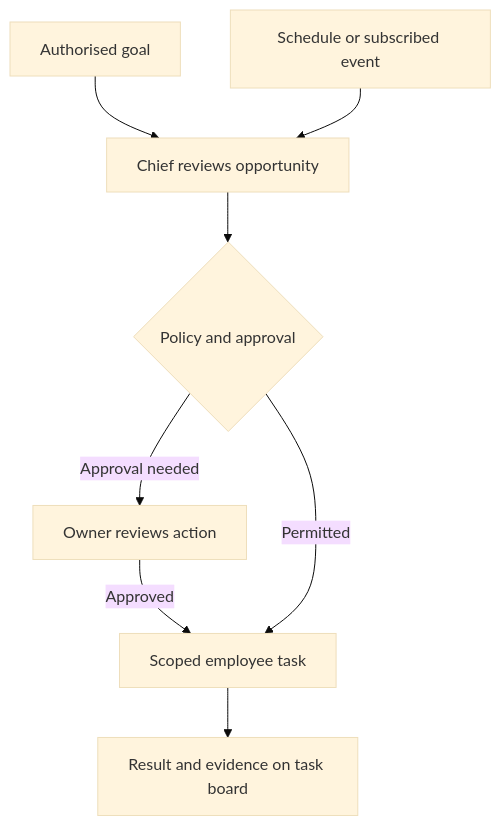
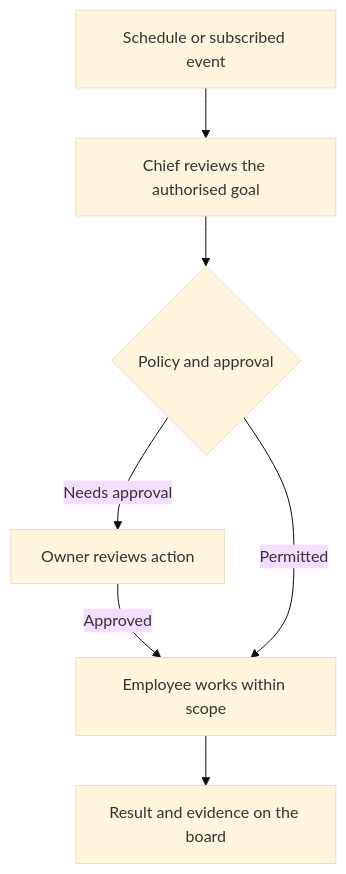
The diagram in README.md (xtshanlei/BotOrgHQ), drawn with Mermaid (base theme) before and after one commit. The commit also changed other lines of this file and 22 other files, not shown here.

````diff
--- a/README.md
+++ b/README.md
@@ -64,10 +60,9 @@
 ```mermaid
 flowchart TD
-    goal["Authorised goal"] --> chief["Chief reviews opportunity"]
-    event["Schedule or subscribed event"] --> chief
-    chief --> policy{"Policy and approval"}
-    policy -->|Approval needed| owner["Owner reviews action"]
-    owner -->|Approved| task["Scoped employee task"]
-    policy -->|Permitted| task
-    task --> evidence["Result and evidence on task board"]
+    event["Schedule or subscribed event"] --> review["Chief reviews the authorised goal"]
+    review --> policy{"Policy and approval"}
+    policy -->|Needs approval| owner["Owner reviews action"]
+    owner -->|Approved| work["Employee works within scope"]
+    policy -->|Permitted| work
+    work --> evidence["Result and evidence on the board"]
 ```
````
